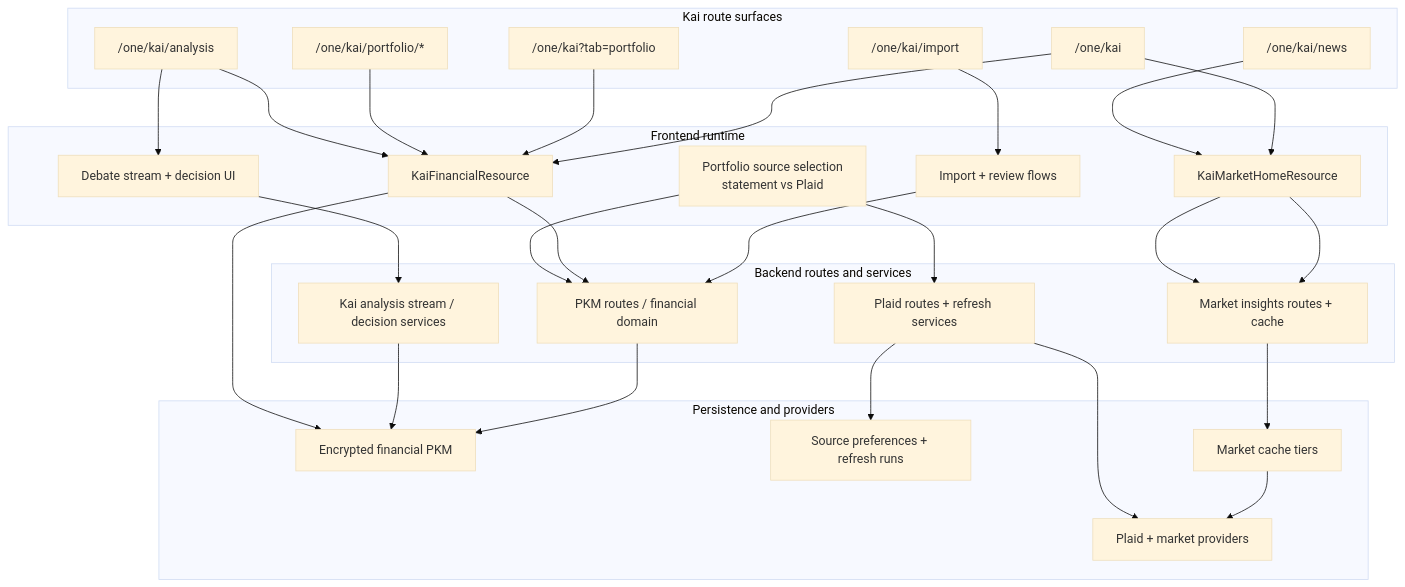
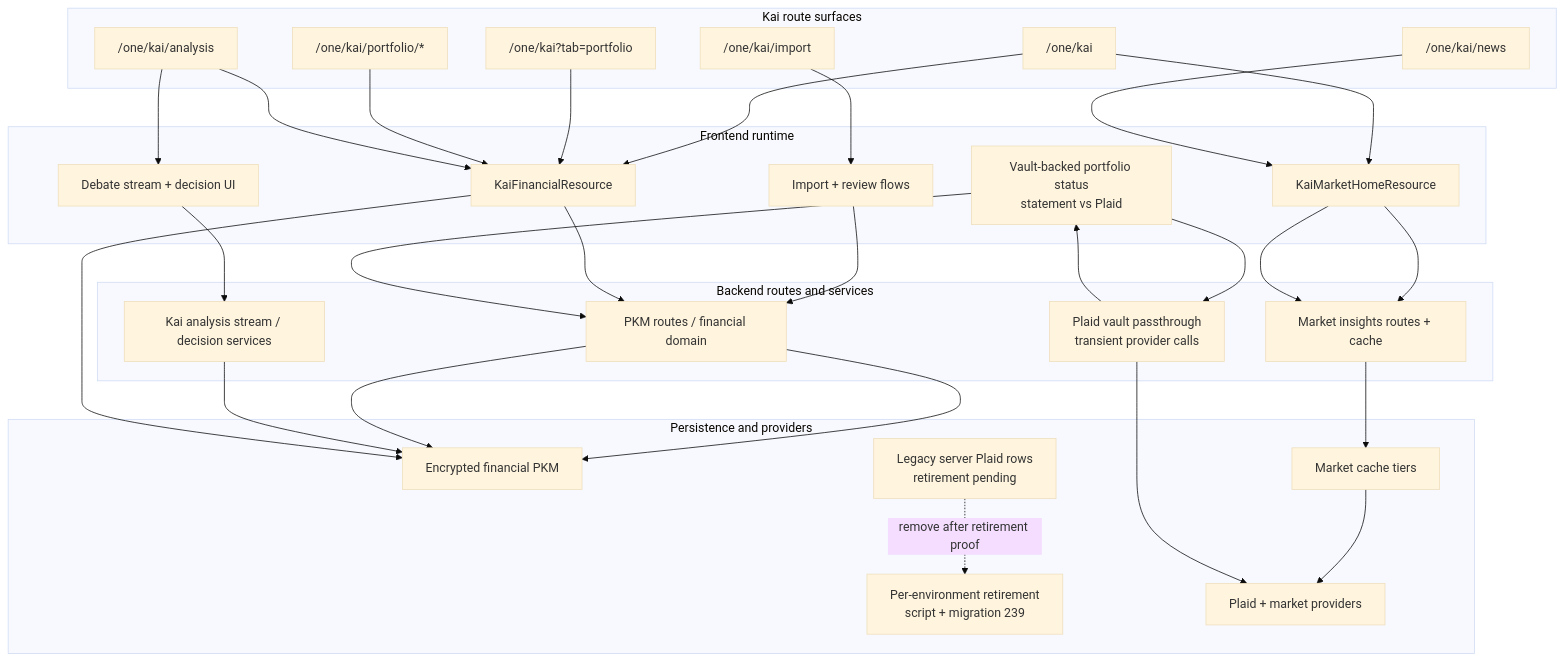
One commit to hushh-labs/hushh-research changed the diagram in docs/reference/kai/kai-interconnection-map.md. Above: the diagram before and after it, drawn with Mermaid (base theme). The commit also changed other lines of this file and 22 other files, not shown here.

````diff
--- a/docs/reference/kai/kai-interconnection-map.md
+++ b/docs/reference/kai/kai-interconnection-map.md
@@ -6,47 +6,49 @@
 ```mermaid
 flowchart TB
   subgraph routes["Kai route surfaces"]
     import["/one/kai/import"]
     home["/one/kai"]
     news["/one/kai/news"]
     portfolio["/one/kai?tab=portfolio"]
     portfolioDetails["/one/kai/portfolio/*"]
     analysis["/one/kai/analysis"]
   end
 
   subgraph frontend["Frontend runtime"]
     flow["Import + review flows"]
     financial["KaiFinancialResource"]
     market["KaiMarketHomeResource"]
-    source["Portfolio source selection<br/>statement vs Plaid"]
+    source["Vault-backed portfolio status<br/>statement vs Plaid"]
     stream["Debate stream + decision UI"]
   end
 
   subgraph backend["Backend routes and services"]
     pkm["PKM routes / financial domain"]
-    plaid["Plaid routes + refresh services"]
+    plaid["Plaid vault passthrough<br/>transient provider calls"]
     insights["Market insights routes + cache"]
     debate["Kai analysis stream / decision services"]
   end
 
   subgraph data["Persistence and providers"]
     encrypted["Encrypted financial PKM"]
-    prefs["Source preferences + refresh runs"]
+    legacy["Legacy server Plaid rows<br/>retirement pending"]
+    retirement["Per-environment retirement<br/>script + migration 239"]
     marketcache["Market cache tiers"]
     providers["Plaid + market providers"]
   end
 
   import --> flow --> pkm --> encrypted
   home --> market --> insights --> marketcache --> providers
   news --> market --> insights
   home --> financial
   portfolio --> financial --> pkm
   portfolioDetails --> financial
   analysis --> stream --> debate
   analysis --> financial
-  source --> plaid --> prefs
-  source --> pkm
-  plaid --> providers
+  source --> plaid --> providers
+  plaid --> source
+  source --> pkm --> encrypted
+  legacy -.remove after retirement proof.-> retirement
   debate --> encrypted
   financial --> encrypted
 ```
````
